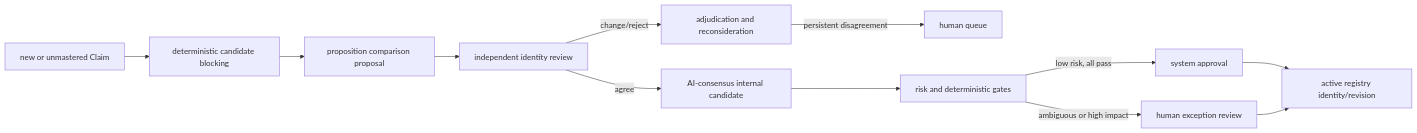
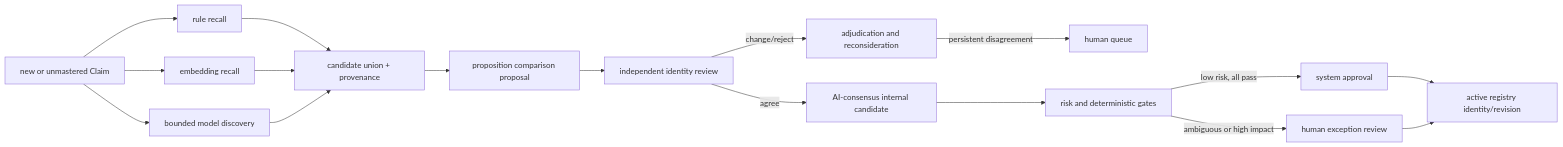
Before and after one commit to junyang168/smart-answer: the second of 4 diagrams in docs/wang-knowledge-platform/canonical_viewpoint_registry_design_v1.md, drawn with Mermaid. The commit also changed other lines of this file, not shown here.

````diff
--- a/docs/wang-knowledge-platform/canonical_viewpoint_registry_design_v1.md
+++ b/docs/wang-knowledge-platform/canonical_viewpoint_registry_design_v1.md
@@ -670,14 +673,19 @@
 ```mermaid
 flowchart LR
-    N["new or unmastered Claim"] --> B["deterministic candidate blocking"]
-    B --> P["proposition comparison proposal"]
+    N["new or unmastered Claim"] --> D["rule recall"]
+    N --> E["embedding recall"]
+    N --> M["bounded model discovery"]
+    D --> U["candidate union + provenance"]
+    E --> U
+    M --> U
+    U --> P["proposition comparison proposal"]
     P --> R["independent identity review"]
     R -->|agree| C["AI-consensus internal candidate"]
     R -->|change/reject| A["adjudication and reconsideration"]
     A -->|persistent disagreement| H["human queue"]
     C --> G["risk and deterministic gates"]
     G -->|low risk, all pass| S["system approval"]
     G -->|ambiguous or high impact| H2["human exception review"]
     S --> V["active registry identity/revision"]
     H2 --> V
 ```
````
